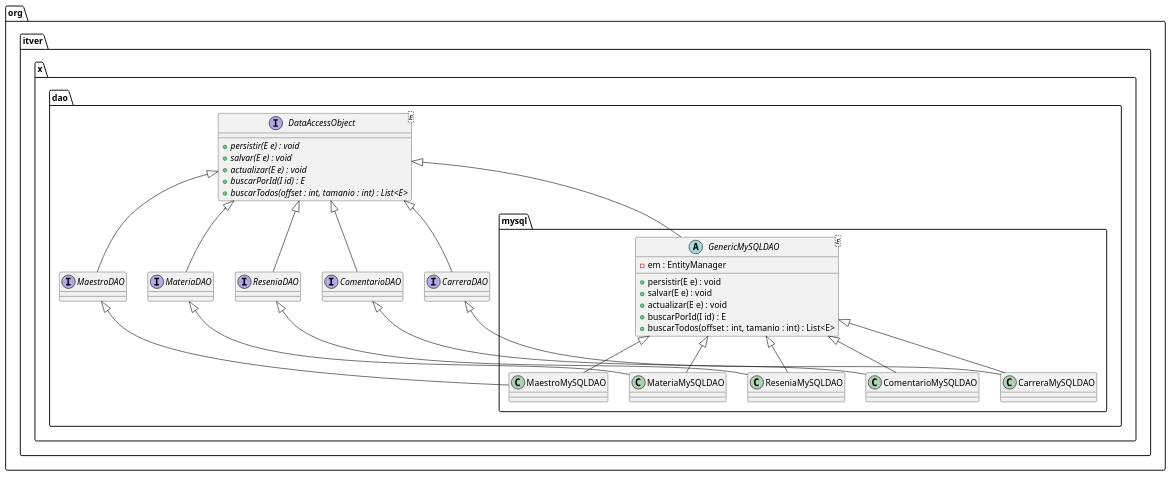
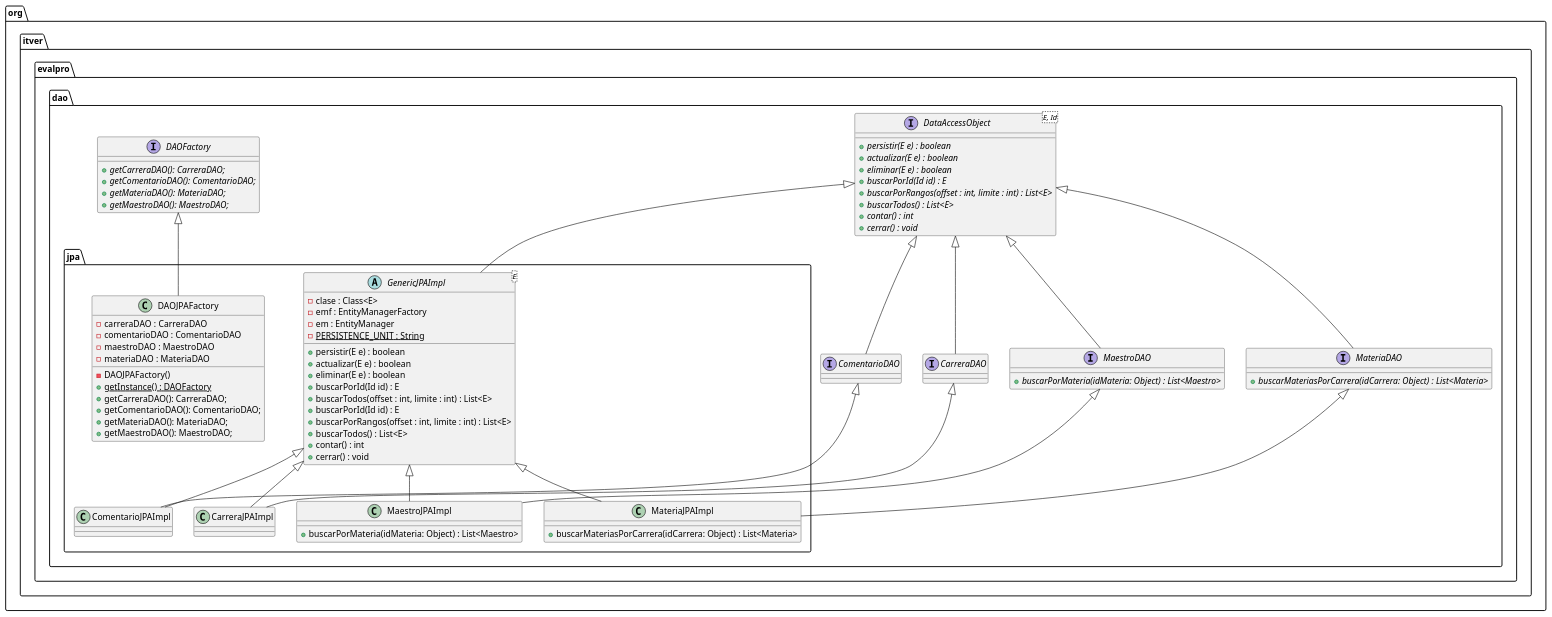
The diagram in uml/DAO.puml (GPS-A-D-2105/API-PERSISTENCIA), drawn with PlantUML before and after one commit. The commit also changed 22 other files, not shown here.

```diff
--- a/uml/DAO.puml
+++ b/uml/DAO.puml
@@ -1,49 +1,84 @@
 @startuml
-package org.itver.x.dao{
-    interface DataAccessObject<E>{
-        +{abstract}persistir(E e) : void
-        +{abstract}salvar(E e) : void
-        +{abstract}actualizar(E e) : void
-        +{abstract}buscarPorId(I id) : E
-        +{abstract}buscarTodos(offset : int, tamanio : int) : List<E>
+package org.itver.evalpro.dao{
+    interface DataAccessObject<E, Id>{
+        +{abstract}persistir(E e) : boolean
+        +{abstract}actualizar(E e) : boolean
+        +{abstract}eliminar(E e) : boolean
+        +{abstract}buscarPorId(Id id) : E
+        +{abstract}buscarPorRangos(offset : int, limite : int) : List<E>
+        +{abstract}buscarTodos() : List<E>
+        +{abstract}contar() : int
+        +{abstract}cerrar() : void
     }
     interface ComentarioDAO
     interface CarreraDAO
-    interface MaestroDAO
-    interface MateriaDAO
-    interface ReseniaDAO
+    interface MaestroDAO{
+        +{abstract} buscarPorMateria(idMateria: Object) : List<Maestro>
+    }
+    interface MateriaDAO{
+        +{abstract} buscarMateriasPorCarrera(idCarrera: Object) : List<Materia>
+    }
+
+    interface DAOFactory{
+        +{abstract} getCarreraDAO(): CarreraDAO;
+        +{abstract} getComentarioDAO(): ComentarioDAO;
+        +{abstract} getMateriaDAO(): MateriaDAO;
+        +{abstract} getMaestroDAO(): MaestroDAO;
+    }
     
-    package mysql{
-        abstract class GenericMySQLDAO<E>{
+    package jpa{
+        
+        class DAOJPAFactory {
+            -carreraDAO : CarreraDAO
+            -comentarioDAO : ComentarioDAO
+            -maestroDAO : MaestroDAO
+            -materiaDAO : MateriaDAO
+            -DAOJPAFactory()
+            +{static}getInstance() : DAOFactory
+            +getCarreraDAO(): CarreraDAO;
+            +getComentarioDAO(): ComentarioDAO;
+            +getMateriaDAO(): MateriaDAO;
+            +getMaestroDAO(): MaestroDAO;
+        }
+        abstract class GenericJPAImpl<E>{
+            -clase : Class<E>
+            -emf : EntityManagerFactory
             -em : EntityManager
-            +persistir(E e) : void
-            +salvar(E e) : void
-            +actualizar(E e) : void
-            +buscarPorId(I id) : E
-            +buscarTodos(offset : int, tamanio : int) : List<E>
+            -{static}PERSISTENCE_UNIT : String
+            +persistir(E e) : boolean
+            +actualizar(E e) : boolean
+            +eliminar(E e) : boolean
+            +buscarPorId(Id id) : E
+            +buscarTodos(offset : int, limite : int) : List<E>
+            +buscarPorId(Id id) : E
+            +buscarPorRangos(offset : int, limite : int) : List<E>
+            +buscarTodos() : List<E>
+            +contar() : int
+            +cerrar() : void
         }
-        class ComentarioMySQLDAO
-        class CarreraMySQLDAO
-        class MaestroMySQLDAO
-        class MateriaMySQLDAO
-        class ReseniaMySQLDAO
+        class ComentarioJPAImpl
+        class CarreraJPAImpl
+        class MaestroJPAImpl{
+            +buscarPorMateria(idMateria: Object) : List<Maestro>
+        }
+        class MateriaJPAImpl{
+            +buscarMateriasPorCarrera(idCarrera: Object) : List<Materia>
+        }
     }
 }
 
-DataAccessObject <|-- GenericMySQLDAO
+DataAccessObject <|-- GenericJPAImpl
 DataAccessObject <|-- ComentarioDAO
 DataAccessObject <|-- CarreraDAO
 DataAccessObject <|-- MaestroDAO
 DataAccessObject <|-- MateriaDAO
-DataAccessObject <|-- ReseniaDAO
-GenericMySQLDAO <|-- ComentarioMySQLDAO
-GenericMySQLDAO <|-- CarreraMySQLDAO
-GenericMySQLDAO <|-- MaestroMySQLDAO
-GenericMySQLDAO <|-- MateriaMySQLDAO
-GenericMySQLDAO <|-- ReseniaMySQLDAO
-ComentarioDAO <|-- ComentarioMySQLDAO
-CarreraDAO <|-- CarreraMySQLDAO
-MaestroDAO <|-- MaestroMySQLDAO
-MateriaDAO <|-- MateriaMySQLDAO
-ReseniaDAO <|-- ReseniaMySQLDAO
+GenericJPAImpl <|-- ComentarioJPAImpl
+GenericJPAImpl <|-- CarreraJPAImpl
+GenericJPAImpl <|-- MaestroJPAImpl
+GenericJPAImpl <|-- MateriaJPAImpl
+ComentarioDAO <|-- ComentarioJPAImpl
+CarreraDAO <|-- CarreraJPAImpl
+MaestroDAO <|-- MaestroJPAImpl
+MateriaDAO <|-- MateriaJPAImpl
+DAOFactory <|-- DAOJPAFactory
 @enduml
```
